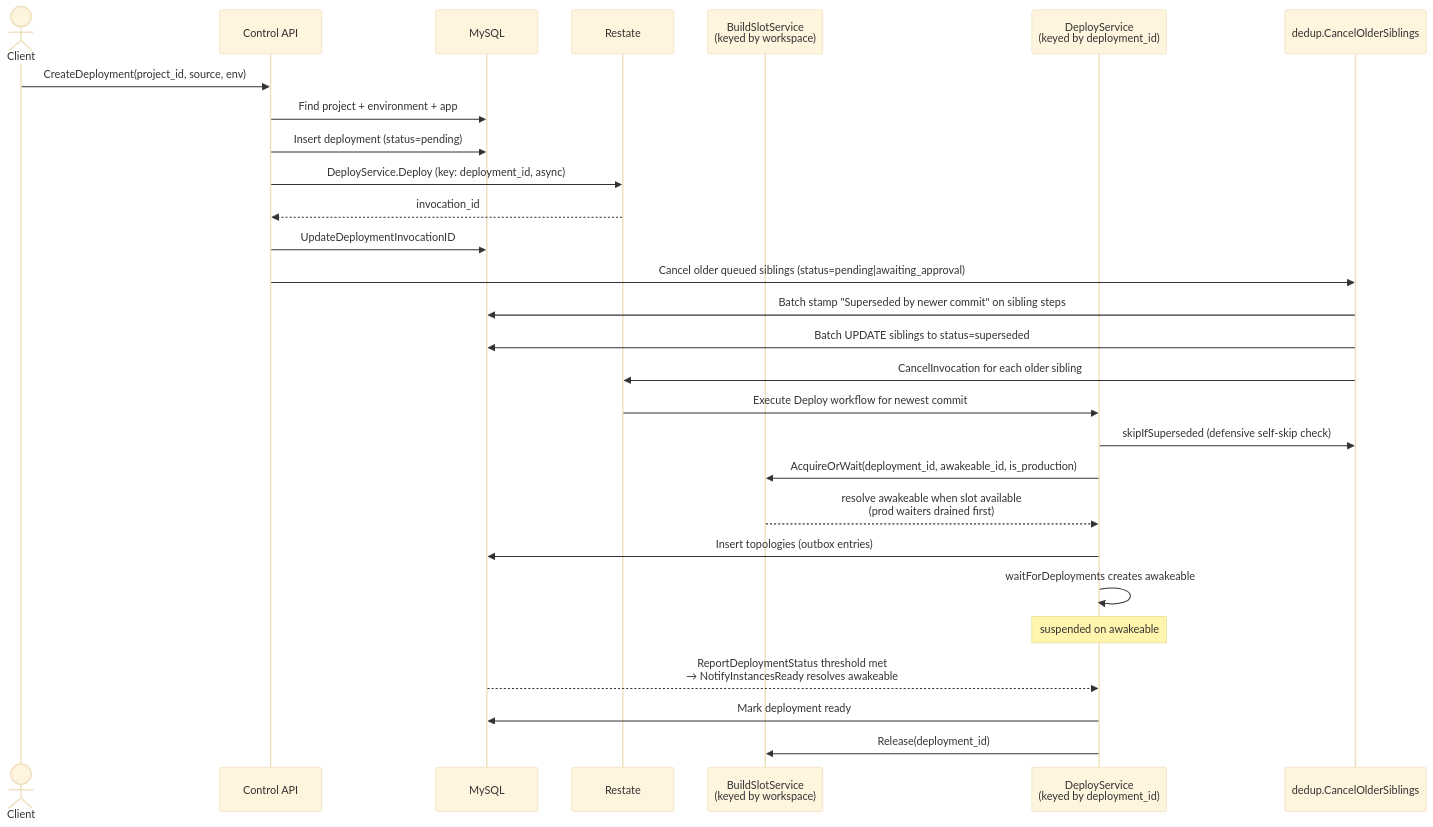
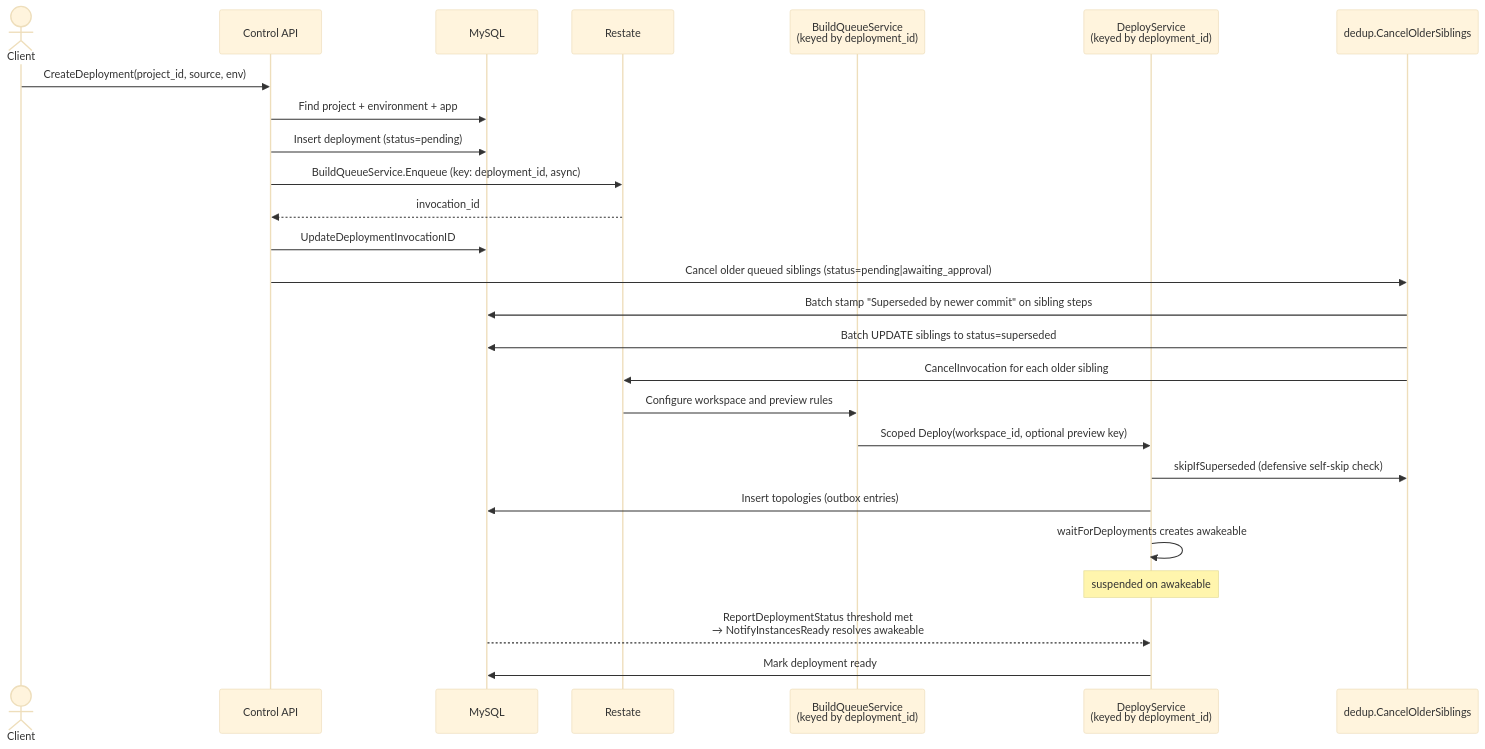
Before and after one commit to unkeyed/unkey: the first of 4 diagrams in docs/engineering/architecture/services/control-plane/worker/workflows/deployments.mdx, drawn with Mermaid (base theme). The commit also changed other lines of this file and 90 other files, not shown here.

First line of the commit message:
feat(ctrl): migrate build concurrency to Restate vqueues

````diff
--- a/docs/engineering/architecture/services/control-plane/worker/workflows/deployments.mdx
+++ b/docs/engineering/architecture/services/control-plane/worker/workflows/deployments.mdx
@@ -30,31 +30,29 @@
 ```mermaid
 sequenceDiagram
   actor Client
   participant CtrlAPI as Control API
   participant DB as MySQL
   participant Restate as Restate
-  participant BuildSlot as BuildSlotService<br/>(keyed by workspace)
+  participant BuildQueue as BuildQueueService<br/>(keyed by deployment_id)
   participant Worker as DeployService<br/>(keyed by deployment_id)
   participant Dedup as dedup.CancelOlderSiblings
 
   Client->>CtrlAPI: CreateDeployment(project_id, source, env)
   CtrlAPI->>DB: Find project + environment + app
   CtrlAPI->>DB: Insert deployment (status=pending)
-  CtrlAPI->>Restate: DeployService.Deploy (key: deployment_id, async)
+  CtrlAPI->>Restate: BuildQueueService.Enqueue (key: deployment_id, async)
   Restate-->>CtrlAPI: invocation_id
   CtrlAPI->>DB: UpdateDeploymentInvocationID
   CtrlAPI->>Dedup: Cancel older queued siblings (status=pending|awaiting_approval)
   Dedup->>DB: Batch stamp "Superseded by newer commit" on sibling steps
   Dedup->>DB: Batch UPDATE siblings to status=superseded
   Dedup->>Restate: CancelInvocation for each older sibling
-  Restate->>Worker: Execute Deploy workflow for newest commit
+  Restate->>BuildQueue: Configure workspace and preview rules
+  BuildQueue->>Worker: Scoped Deploy(workspace_id, optional preview key)
   Worker->>Dedup: skipIfSuperseded (defensive self-skip check)
-  Worker->>BuildSlot: AcquireOrWait(deployment_id, awakeable_id, is_production)
-  BuildSlot-->>Worker: resolve awakeable when slot available<br/>(prod waiters drained first)
   Worker->>DB: Insert topologies (outbox entries)
   Worker->>Worker: waitForDeployments creates awakeable
   Note over Worker: suspended on awakeable
   DB-->>Worker: ReportDeploymentStatus threshold met<br/>→ NotifyInstancesReady resolves awakeable
   Worker->>DB: Mark deployment ready
-  Worker->>BuildSlot: Release(deployment_id)
 ```
````
